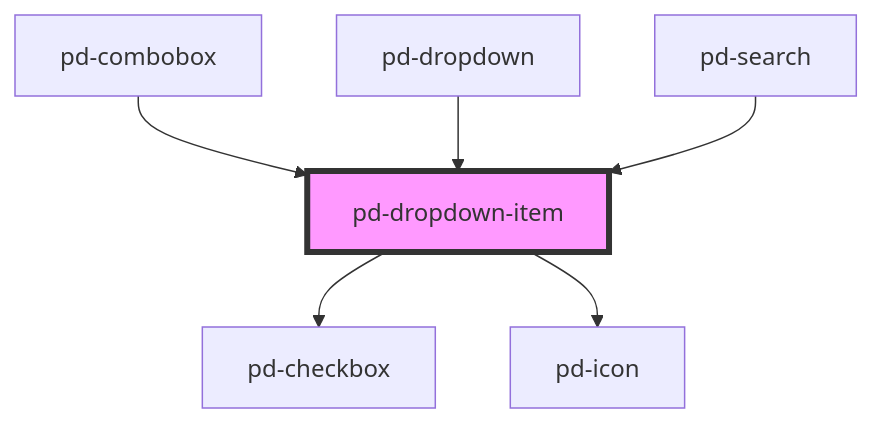
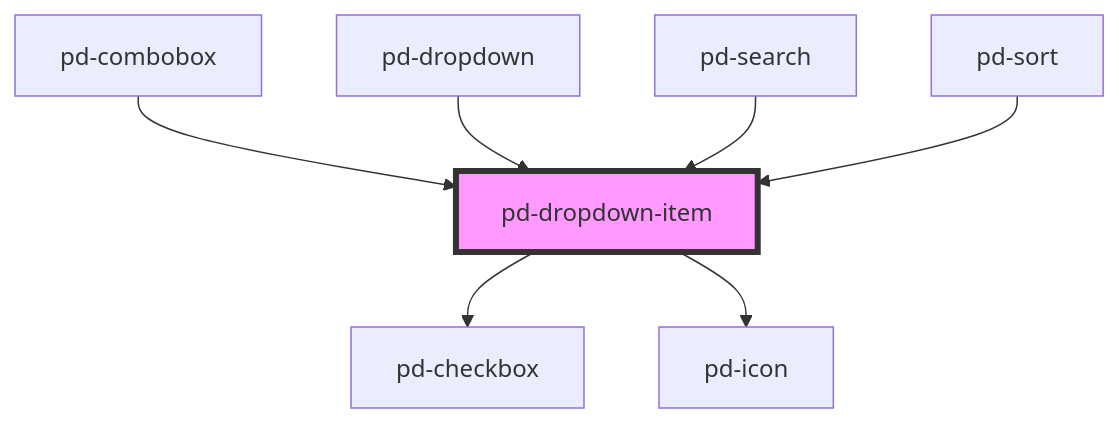
Before and after one commit to Lambda-IT/parlamentsdienste-components: the diagram in packages/core/src/components/pd-dropdown-item/readme.md, drawn with Mermaid. The commit also changed other lines of this file and 15 other files, not shown here.

````diff
--- a/packages/core/src/components/pd-dropdown-item/readme.md
+++ b/packages/core/src/components/pd-dropdown-item/readme.md
@@ -34,9 +35,10 @@
 ```mermaid
 graph TD;
   pd-dropdown-item --> pd-checkbox
   pd-dropdown-item --> pd-icon
   pd-combobox --> pd-dropdown-item
   pd-dropdown --> pd-dropdown-item
   pd-search --> pd-dropdown-item
+  pd-sort --> pd-dropdown-item
   style pd-dropdown-item fill:#f9f,stroke:#333,stroke-width:4px
 ```
````
